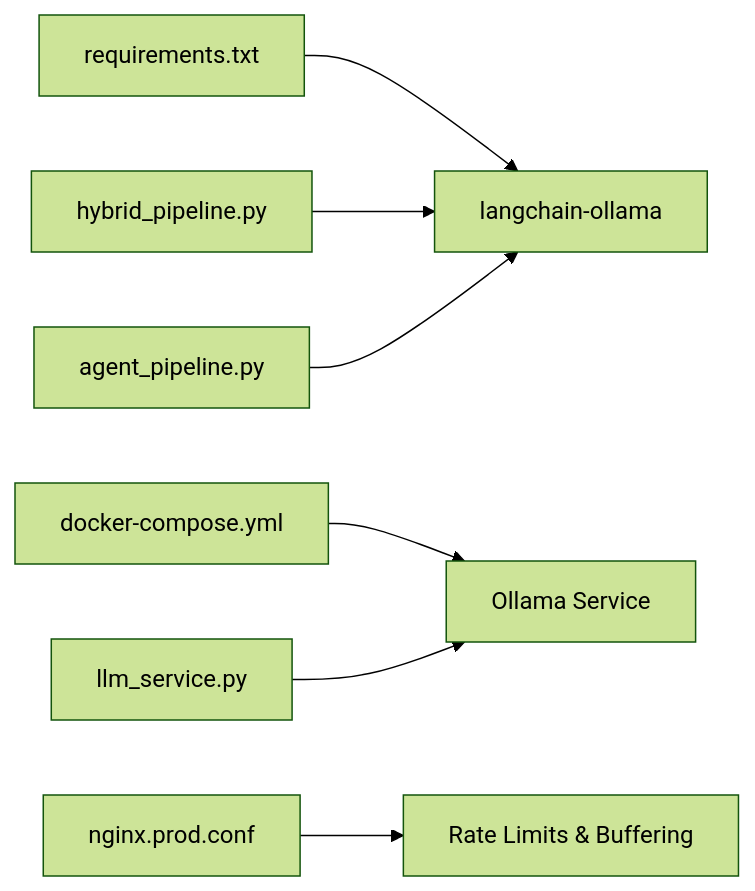
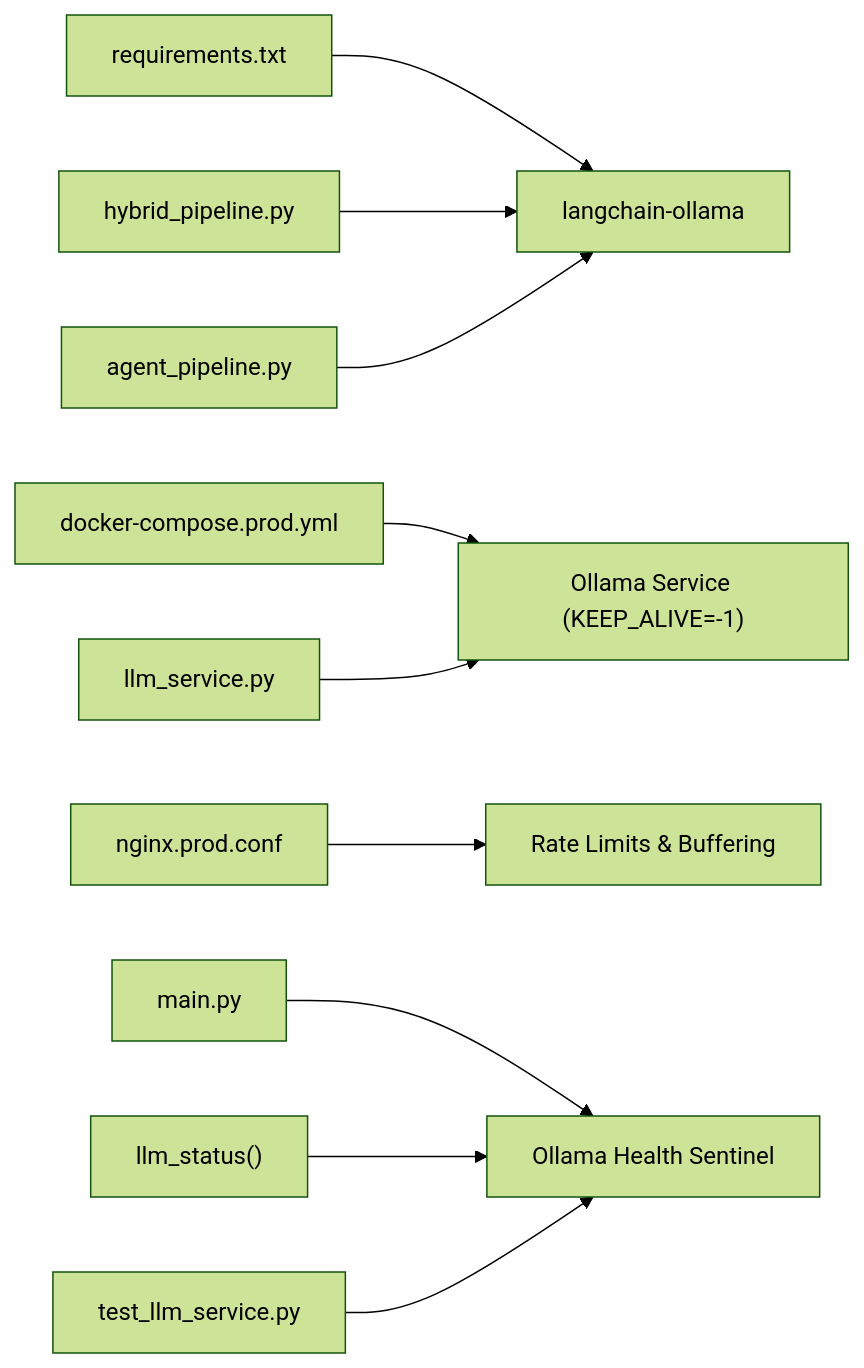
One commit to Revanththetalogics/aireume changed diagram 11 of 11 in .qoder/repowiki/en/content/Analysis Engine/LLM Service Integration.md. Above: the diagram before and after it, drawn with Mermaid (forest theme). The commit also changed other lines of this file and 33 other files, not shown here.

````diff
--- a/.qoder/repowiki/en/content/Analysis Engine/LLM Service Integration.md
+++ b/.qoder/repowiki/en/content/Analysis Engine/LLM Service Integration.md
@@ -321,9 +495,12 @@
 ```mermaid
 graph LR
 A["requirements.txt"] --> B["langchain-ollama"]
-C["docker-compose.yml"] --> D["Ollama Service"]
+C["docker-compose.prod.yml"] --> D["Ollama Service (KEEP_ALIVE=-1)"]
 E["nginx.prod.conf"] --> F["Rate Limits & Buffering"]
 G["hybrid_pipeline.py"] --> B
 H["llm_service.py"] --> D
 I["agent_pipeline.py"] --> B
+J["main.py"] --> K["Ollama Health Sentinel"]
+L["llm_status()"] --> K
+M["test_llm_service.py"] --> K
 ```
````
